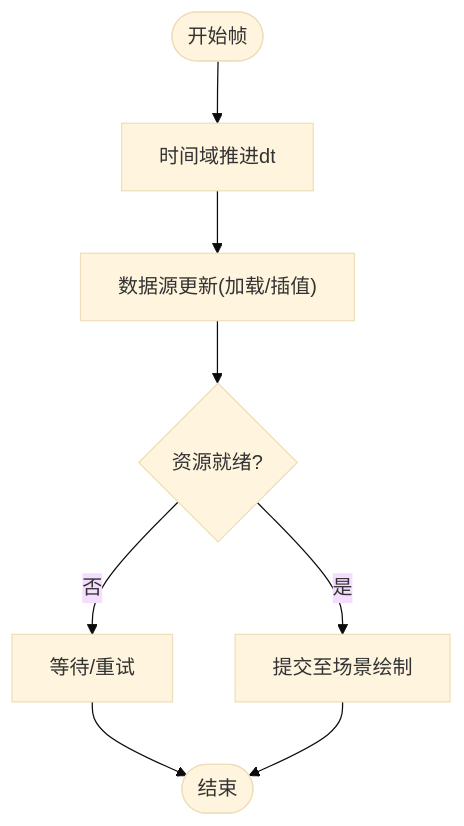
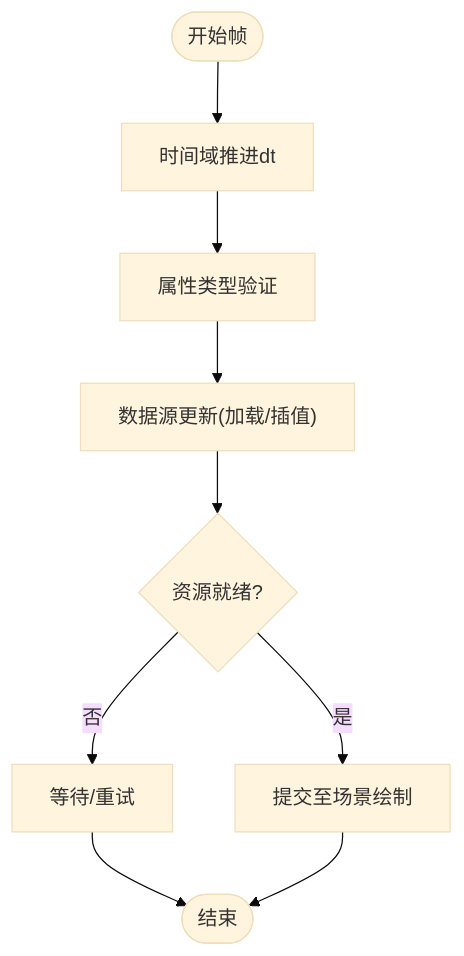
One commit to rzhangjing/cesium changed the seventh of 14 diagrams in .qoder/repowiki/zh/content/场景管理/场景管理架构.md. Above: the diagram before and after it, drawn with Mermaid (base theme). The commit also changed other lines of this file and 90 other files, not shown here.

````diff
--- a/.qoder/repowiki/zh/content/场景管理/场景管理架构.md
+++ b/.qoder/repowiki/zh/content/场景管理/场景管理架构.md
@@ -333,10 +414,11 @@
 ```mermaid
 flowchart TD
 TStart(["开始帧"]) --> Tick["时间域推进dt"]
-Tick --> UpdateDS["数据源更新(加载/插值)"]
+Tick --> ValidateTypes["属性类型验证"]
+ValidateTypes --> UpdateDS["数据源更新(加载/插值)"]
 UpdateDS --> Ready{"资源就绪?"}
 Ready --> |否| Wait["等待/重试"]
 Ready --> |是| Render["提交至场景绘制"]
 Wait --> TEnd(["结束"])
 Render --> TEnd
 ```
````
